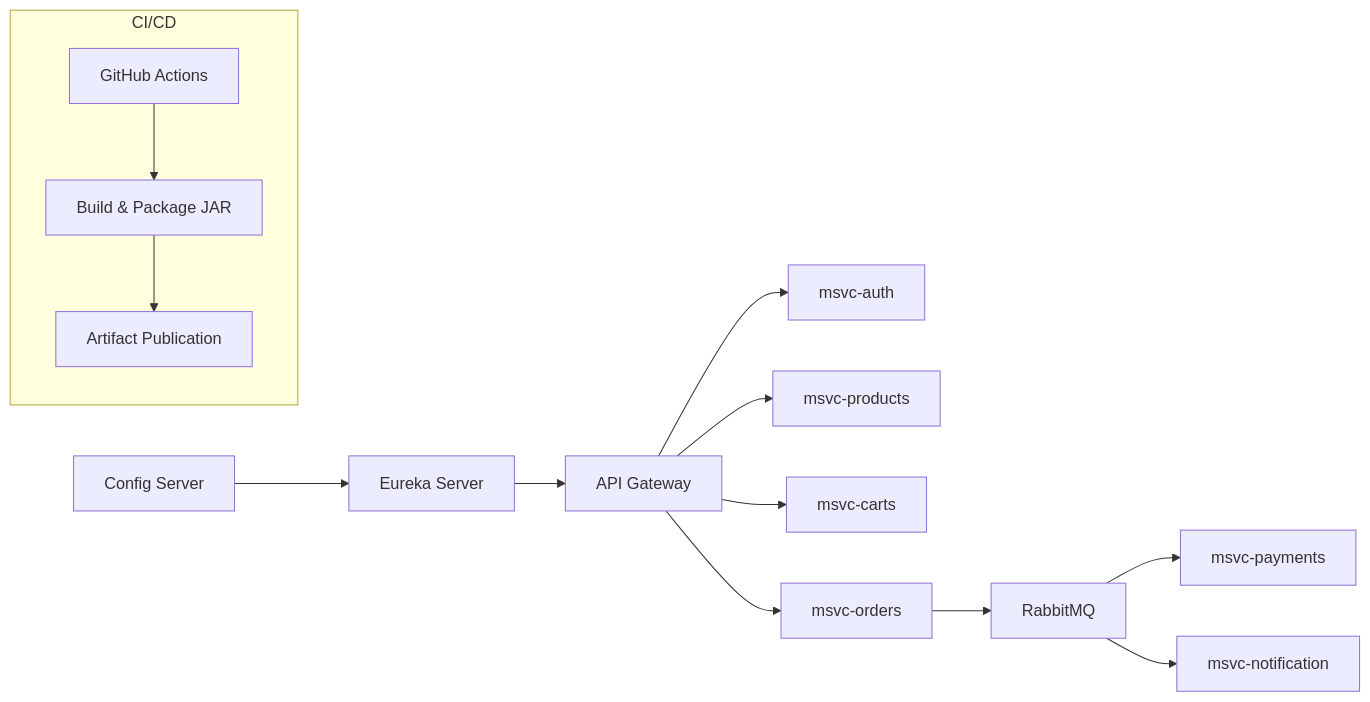
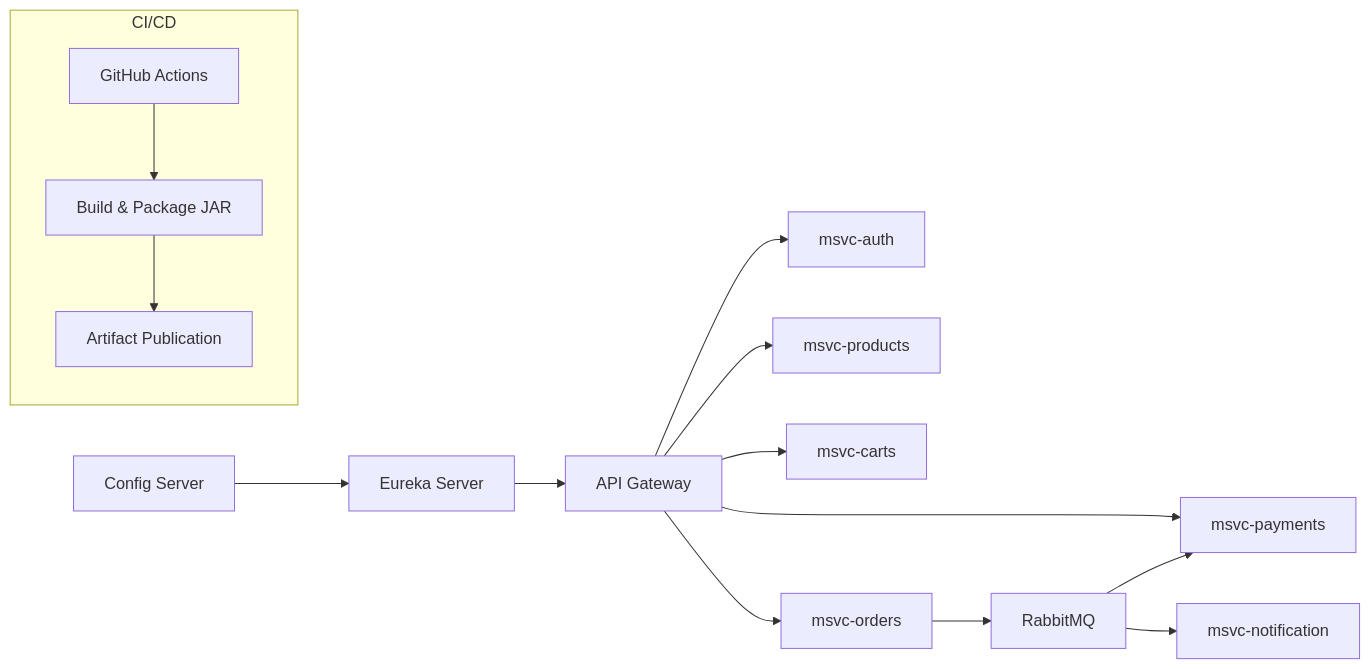
Before and after one commit to jp-codeAB/config-arka: the diagram in Integracion_Continua.md, drawn with Mermaid. The commit also changed other lines of this file, not shown here.

Commit message:
Update sections and restructure document flow

````diff
--- a/Integracion_Continua.md
+++ b/Integracion_Continua.md
@@ -163,16 +106,17 @@
 ```mermaid
 flowchart LR
     A[Config Server] --> B[Eureka Server]
     B --> C[API Gateway]
     C --> D[msvc-auth]
     C --> E[msvc-products]
     C --> F[msvc-carts]
     C --> G[msvc-orders]
+    C --> I[msvc-payments]
     G --> H[RabbitMQ]
     H --> I[msvc-payments]
     H --> J[msvc-notification]
     subgraph CI/CD
       K[GitHub Actions] --> L[Build & Package JAR]
       L --> M[Artifact Publication]
     end
 ```
````
